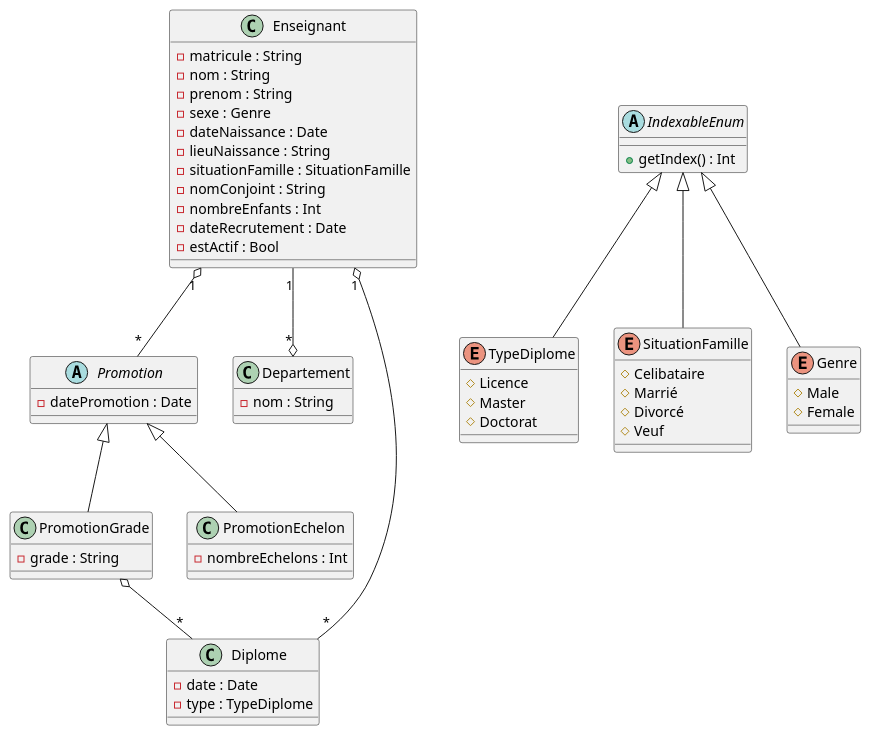
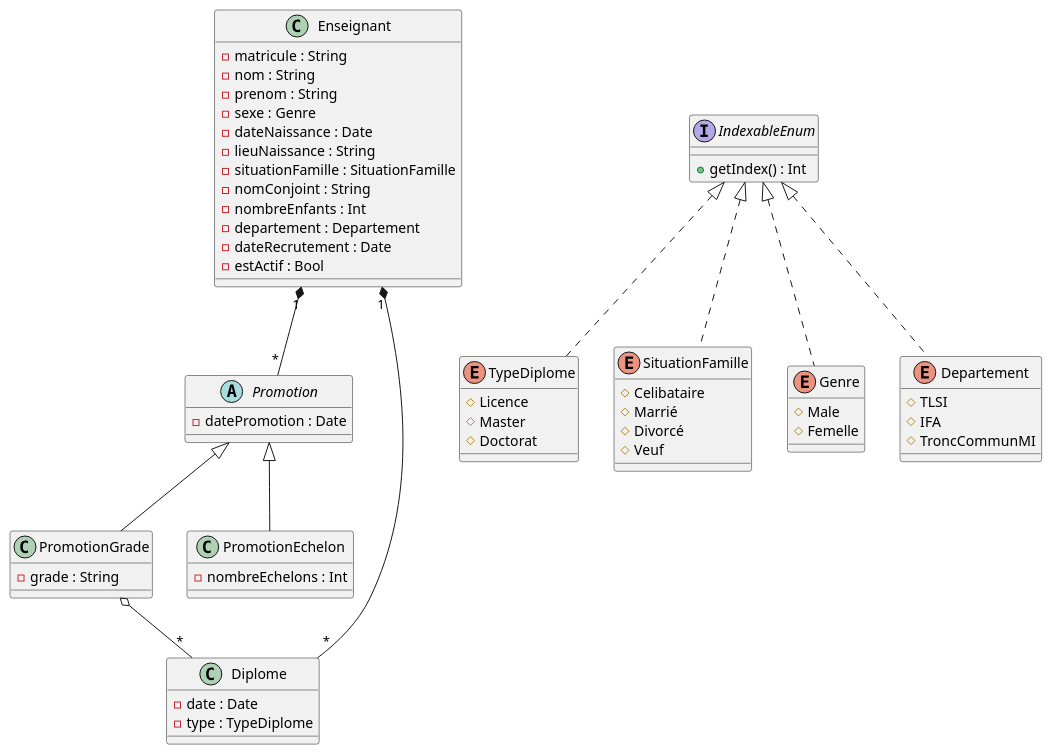
Before and after one commit to Napi55/PlantUml: the diagram in App1/DCL.wsd, drawn with PlantUML. The commit also changed 4 other files, not shown here.

```diff
--- a/App1/DCL.wsd
+++ b/App1/DCL.wsd
@@ -1,67 +1,69 @@
 @startuml DCL1
 
 class Enseignant {
     - matricule : String
     - nom : String
     - prenom : String
     - sexe : Genre
     - dateNaissance : Date
     - lieuNaissance : String
     - situationFamille : SituationFamille
     - nomConjoint : String
     - nombreEnfants : Int
+    - departement : Departement
     - dateRecrutement : Date
     - estActif : Bool
 }
 
 abstract class Promotion {
     - datePromotion : Date
 }
 
-abstract IndexableEnum {
+interface IndexableEnum {
     + getIndex() : Int
 }
 
 class PromotionGrade extends Promotion {
     - grade : String
 }
 
 class PromotionEchelon extends Promotion {
     - nombreEchelons : Int
 }
 
-class Departement {
-    - nom : String
-}
-
 class Diplome {
     - date : Date
     - type : TypeDiplome
 }
 
-enum TypeDiplome extends IndexableEnum {
+enum TypeDiplome implements IndexableEnum {
     # Licence
     # Master
     # Doctorat
 }
 
-enum SituationFamille extends IndexableEnum {
+enum SituationFamille implements IndexableEnum {
     # Celibataire
     # Marrié
     # Divorcé
     # Veuf
 }
 
-enum Genre extends IndexableEnum {
+enum Genre implements IndexableEnum {
     # Male
-    # Female
+    # Femelle
+}
+
+enum Departement implements IndexableEnum {
+    # TLSI
+    # IFA
+    # TroncCommunMI
 }
 
 'ASSOCIATIONS
-Enseignant "1" o-- "*" Promotion
-Enseignant "1" o-- "*" Diplome
-Enseignant "1" --o "*" Departement
+Enseignant "1" *-- "*" Promotion
+Enseignant "1" *-- "*" Diplome
 
 PromotionGrade o-- "*" Diplome
 
 @enduml
```
